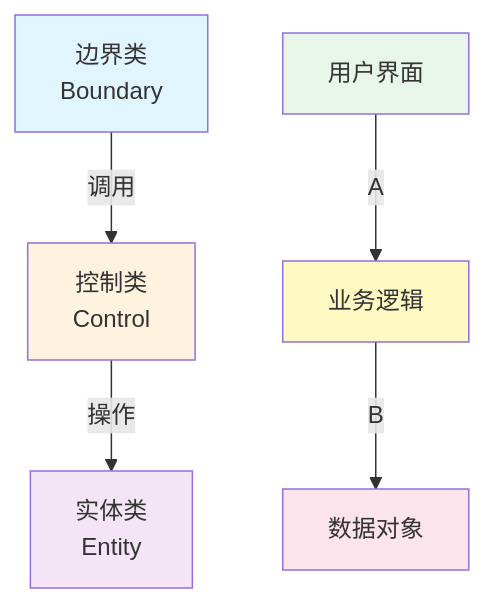
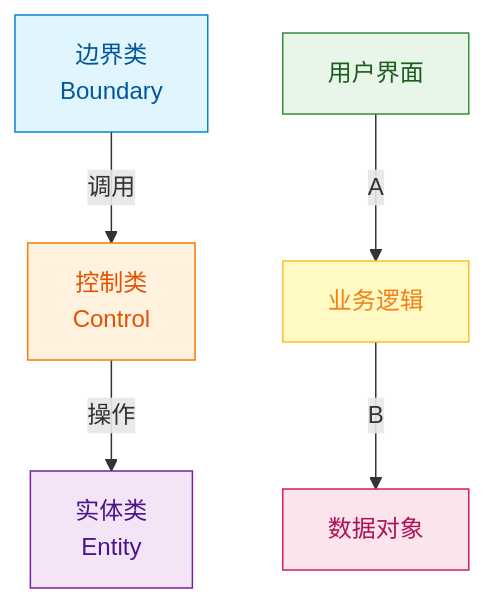
The third of 14 diagrams in _posts/2012-12-15-thinking-in-uml.md (FreezeSoul/freezesoul.github.com), drawn with Mermaid before and after one commit. The commit also changed other lines of this file and 9 other files, not shown here.

Commit message:
修正mermaid配色与要求

````diff
--- a/_posts/2012-12-15-thinking-in-uml.md
+++ b/_posts/2012-12-15-thinking-in-uml.md
@@ -253,15 +253,15 @@
 ```mermaid
 graph TD
     A[边界类<br/>Boundary] -->|调用| B[控制类<br/>Control]
     B -->|操作| C[实体类<br/>Entity]
 
     A1[用户界面] -->|A| B1[业务逻辑]
     B1 -->|B| C1[数据对象]
 
-    style A fill:#e1f5ff
-    style B fill:#fff3e0
-    style C fill:#f3e5f5
-    style A1 fill:#e8f5e9
-    style B1 fill:#fff9c4
-    style C1 fill:#fce4ec
+    style A fill:#e1f5ff,stroke:#0288d1,color:#01579b
+    style B fill:#fff3e0,stroke:#f57c00,color:#e65100
+    style C fill:#f3e5f5,stroke:#7b1fa2,color:#4a148c
+    style A1 fill:#e8f5e9,stroke:#388e3c,color:#1b5e20
+    style B1 fill:#fff9c4,stroke:#fbc02d,color:#f57f17
+    style C1 fill:#fce4ec,stroke:#d81b60,color:#ad1457
 ```
````
